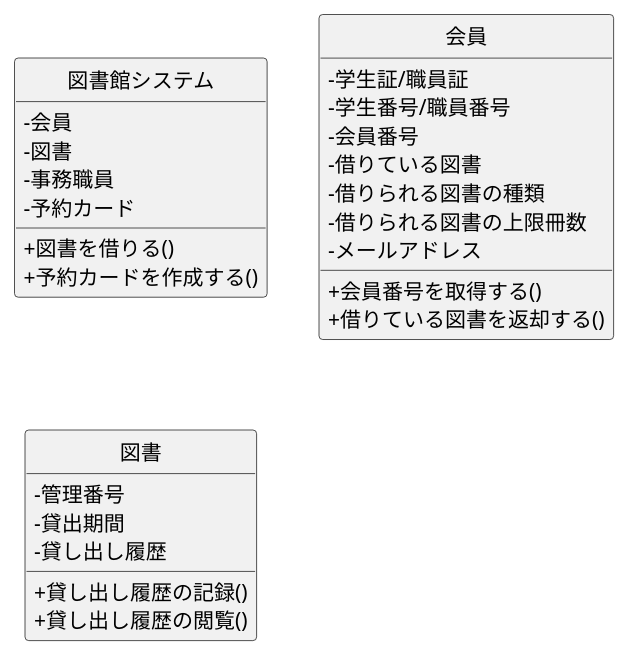
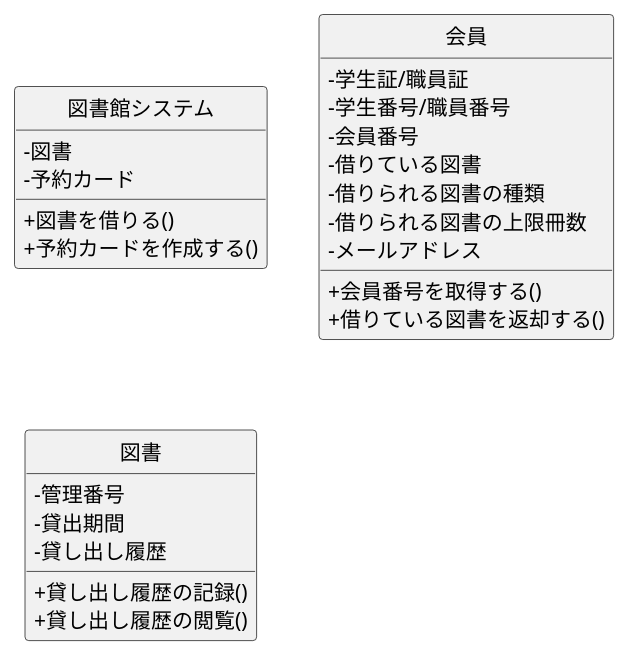
The diagram in kouka/class.pu (FujikawaHirono0520/group3_1_dogdog), drawn with PlantUML before and after one commit.

Commit message:
会員、事務職員の削除

```diff
--- a/kouka/class.pu
+++ b/kouka/class.pu
@@ -1,38 +1,36 @@
 @startuml 図書館システム-クラス図
 
 skinparam classAttributeIconSize 0
 hide circle
 
 class 図書館システム {
- -会員
  -図書
- -事務職員
  -予約カード
 
  +図書を借りる()
  +予約カードを作成する()
 }
 
 class 会員 {
  -学生証/職員証
  -学生番号/職員番号
  -会員番号
  -借りている図書
  -借りられる図書の種類
  -借りられる図書の上限冊数
  -メールアドレス
 
  +会員番号を取得する()
  +借りている図書を返却する()
 }
 
 class 図書 {
  -管理番号
  -貸出期間
  -貸し出し履歴
 
  +貸し出し履歴の記録()
  +貸し出し履歴の閲覧()
 }
 
 @enduml
```
